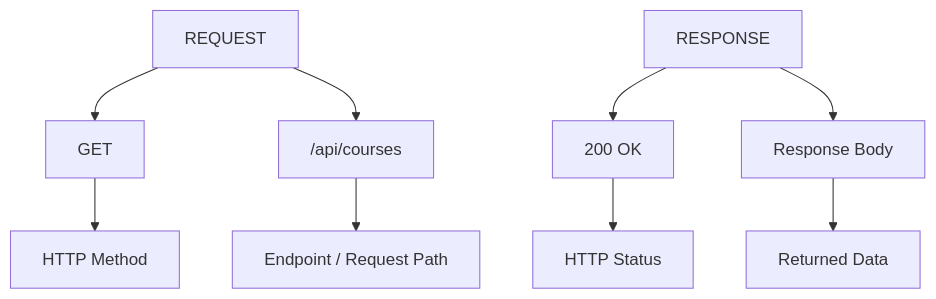
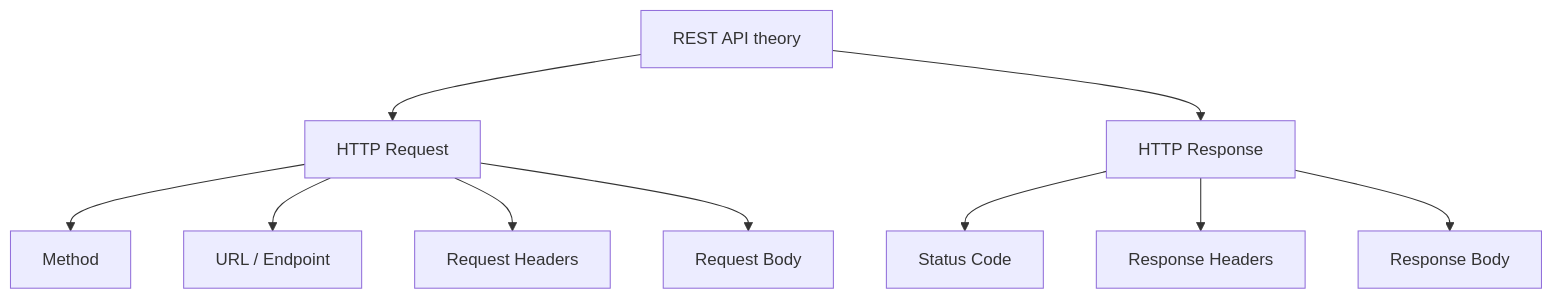
One commit to reltronersk/skill-wanderer-progress-documentation changed the eighth of 8 diagrams in module-0-1/README.md. Above: the diagram before and after it, drawn with Mermaid. The commit also changed other lines of this file, not shown here.

````diff
--- a/module-0-1/README.md
+++ b/module-0-1/README.md
@@ -879,18 +427,16 @@
-```mermaid
+``` mermaid
 flowchart TB
-    Q[REQUEST]
+    A["REST API theory"]
 
-    Q --> M["GET"]
-    M --> M2["HTTP Method"]
+    A --> B["HTTP Request"]
+    A --> C["HTTP Response"]
 
-    Q --> U["/api/courses"]
-    U --> U2["Endpoint / Request Path"]
+    B --> D["Method"]
+    B --> E["URL / Endpoint"]
+    B --> F["Request Headers"]
+    B --> G["Request Body"]
 
-    R[RESPONSE]
-
-    R --> S["200 OK"]
-    S --> S2["HTTP Status"]
-
-    R --> B["Response Body"]
-    B --> B2["Returned Data"]
+    C --> H["Status Code"]
+    C --> I["Response Headers"]
+    C --> J["Response Body"]
 ```
````
